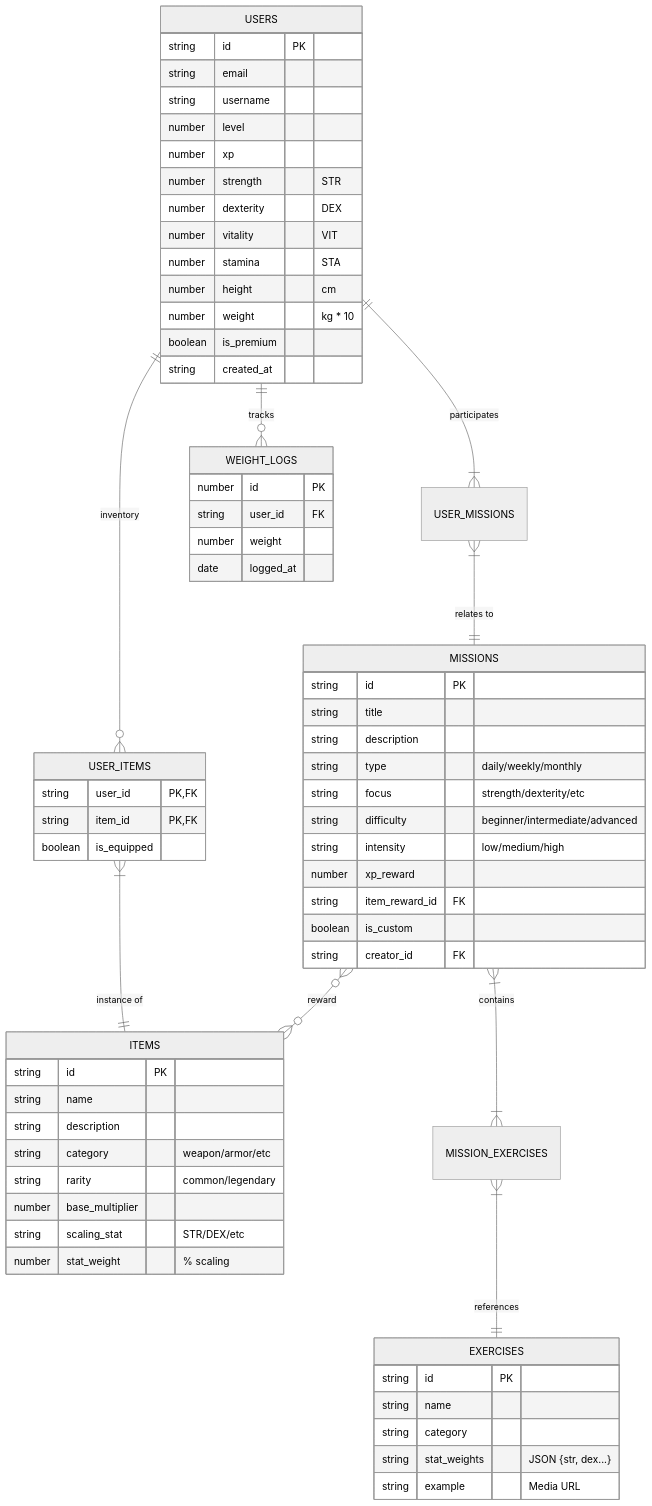
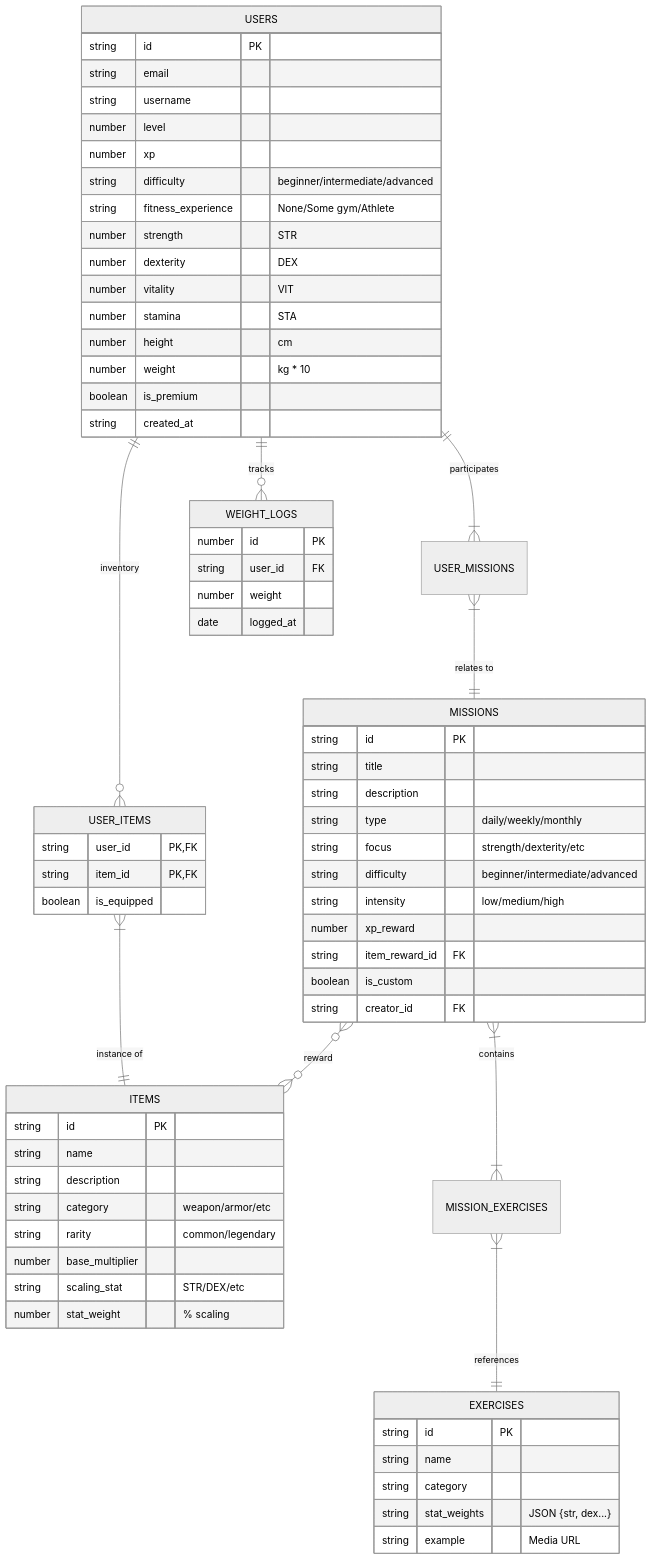
The diagram in README.md (facuhacosta/gymrol-be), drawn with Mermaid (neutral theme) before and after one commit. The commit also changed 28 other files, not shown here.

````diff
--- a/README.md
+++ b/README.md
@@ -54,74 +54,76 @@
     ```mermaid
     erDiagram
     direction TB
     USERS ||--o{ USER_ITEMS : inventory
     USERS ||--|{ USER_MISSIONS : participates
     USERS ||--o{ WEIGHT_LOGS : tracks
     USER_ITEMS }|--|| ITEMS : "instance of"
     USER_MISSIONS }|--|| MISSIONS : "relates to"
     MISSIONS }|--|{ MISSION_EXERCISES : contains
     MISSION_EXERCISES }|--|| EXERCISES : "references"
     MISSIONS }o--o{ ITEMS : "reward"
 
     USERS {
         string id PK
         string email
         string username
         number level
         number xp
+        string difficulty "beginner/intermediate/advanced"
+        string fitness_experience "None/Some gym/Athlete"
         number strength "STR"
         number dexterity "DEX"
         number vitality "VIT"
         number stamina "STA"
         number height "cm"
         number weight "kg * 10"
         boolean is_premium
         string created_at
     }
 
     WEIGHT_LOGS {
         number id PK
         string user_id FK
         number weight
         date logged_at
     }
 
     ITEMS {
         string id PK
         string name
         string description
         string category "weapon/armor/etc"
         string rarity "common/legendary"
         number base_multiplier
         string scaling_stat "STR/DEX/etc"
         number stat_weight "% scaling"
     }
 
     USER_ITEMS {
         string user_id PK, FK
         string item_id PK, FK
         boolean is_equipped
     }
 
     MISSIONS {
         string id PK
         string title
         string description
         string type "daily/weekly/monthly"
         string focus "strength/dexterity/etc"
         string difficulty "beginner/intermediate/advanced"
         string intensity "low/medium/high"
         number xp_reward
         string item_reward_id FK
         boolean is_custom
         string creator_id FK
     }
 
     EXERCISES {
         string id PK
         string name
         string category
         string stat_weights "JSON {str, dex...}"
         string example "Media URL"
     }
     ```
````
